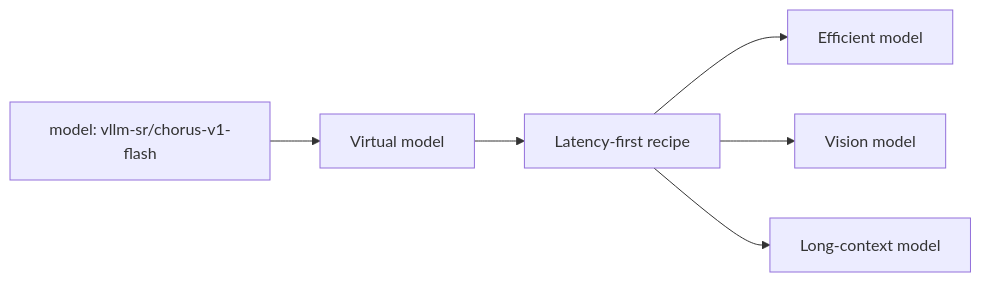
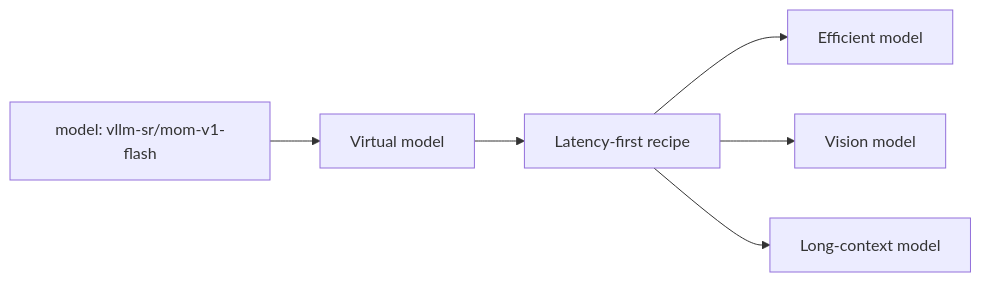
The diagram in website/docs/overview/mom-model-family.md (vllm-project/semantic-router), drawn with Mermaid before and after one commit. The commit also changed other lines of this file and 62 other files, not shown here.

````diff
--- a/website/docs/overview/mom-model-family.md
+++ b/website/docs/overview/mom-model-family.md
@@ -16,8 +16,8 @@
 ```mermaid
 flowchart LR
-    Client["model: vllm-sr/chorus-v1-flash"] --> Virtual["Virtual model"]
+    Client["model: vllm-sr/mom-v1-flash"] --> Virtual["Virtual model"]
     Virtual --> Recipe["Latency-first recipe"]
     Recipe --> Small["Efficient model"]
     Recipe --> Vision["Vision model"]
     Recipe --> Long["Long-context model"]
 ```
````
